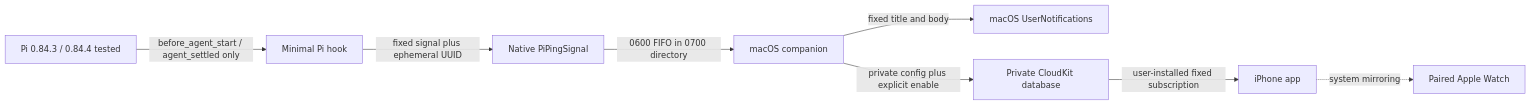
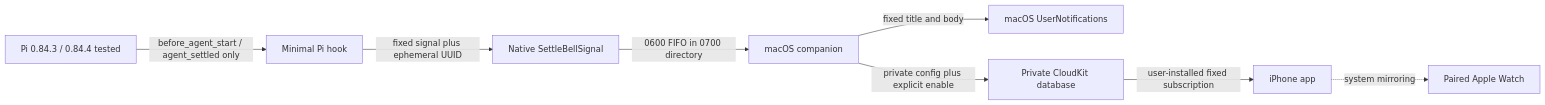
The diagram in Docs/ARCHITECTURE.md (annbjer/PiPing), drawn with Mermaid before and after one commit. The commit also changed other lines of this file and 126 other files, not shown here.

First line of the commit message:
Rename PiPing companion to SettleBell

````diff
--- a/Docs/ARCHITECTURE.md
+++ b/Docs/ARCHITECTURE.md
@@ -5,10 +5,10 @@
 ```mermaid
 flowchart LR
     Pi[Pi 0.84.3 / 0.84.4 tested] -->|before_agent_start / agent_settled only| Hook[Minimal Pi hook]
-    Hook -->|fixed signal plus ephemeral UUID| Helper[Native PiPingSignal]
+    Hook -->|fixed signal plus ephemeral UUID| Helper[Native SettleBellSignal]
     Helper -->|0600 FIFO in 0700 directory| Mac[macOS companion]
     Mac -->|fixed title and body| Local[macOS UserNotifications]
     Mac -->|private config plus explicit enable| Cloud[Private CloudKit database]
     Cloud -->|user-installed fixed subscription| Phone[iPhone app]
     Phone -. system mirroring .-> Watch[Paired Apple Watch]
 ```
````
